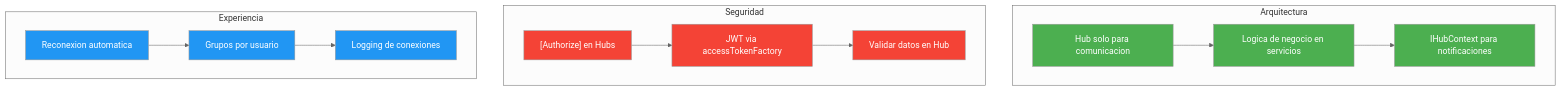
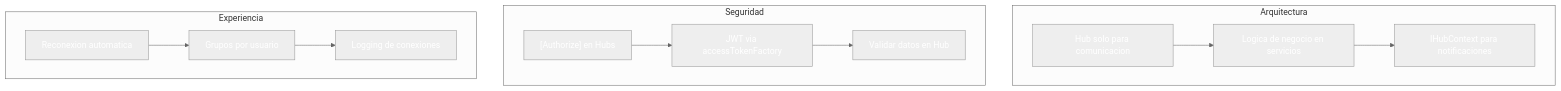
One commit to joseluisgs/DesarrolloWebEntornosServidor-02-2026-2027 changed the fourth of 4 diagrams in 18-websockets-signalr.md. Above: the diagram before and after it, drawn with Mermaid (neutral theme). The commit also changed other lines of this file and 41 other files, not shown here.

````diff
--- a/18-websockets-signalr.md
+++ b/18-websockets-signalr.md
@@ -1040,34 +1040,34 @@
 ```mermaid
 flowchart TB
     subgraph "Arquitectura"
         A1["Hub solo para comunicacion"]
         A2["Logica de negocio en servicios"]
         A3["IHubContext para notificaciones"]
     end
 
     subgraph "Seguridad"
         S1["[Authorize] en Hubs"]
         S2["JWT via accessTokenFactory"]
         S3["Validar datos en Hub"]
     end
 
     subgraph "Experiencia"
         E1["Reconexion automatica"]
         E2["Grupos por usuario"]
         E3["Logging de conexiones"]
     end
 
     A1 --> A2 --> A3
     S1 --> S2 --> S3
     E1 --> E2 --> E3
 
-    style A1 fill:#4CAF50,color:#fff
-    style A2 fill:#4CAF50,color:#fff
-    style A3 fill:#4CAF50,color:#fff
-    style S1 fill:#f44336,color:#fff
-    style S2 fill:#f44336,color:#fff
-    style S3 fill:#f44336,color:#fff
-    style E1 fill:#2196F3,color:#fff
-    style E2 fill:#2196F3,color:#fff
-    style E3 fill:#2196F3,color:#fff
+    style A1 fill:#4CAF5,color:#fff0,color:#fff
+    style A2 fill:#4CAF5,color:#fff0,color:#fff
+    style A3 fill:#4CAF5,color:#fff0,color:#fff
+    style S1 fill:#f4433,color:#fff6,color:#fff
+    style S2 fill:#f4433,color:#fff6,color:#fff
+    style S3 fill:#f4433,color:#fff6,color:#fff
+    style E1 fill:#2196F,color:#fff3,color:#fff
+    style E2 fill:#2196F,color:#fff3,color:#fff
+    style E3 fill:#2196F,color:#fff3,color:#fff
 ```
````
